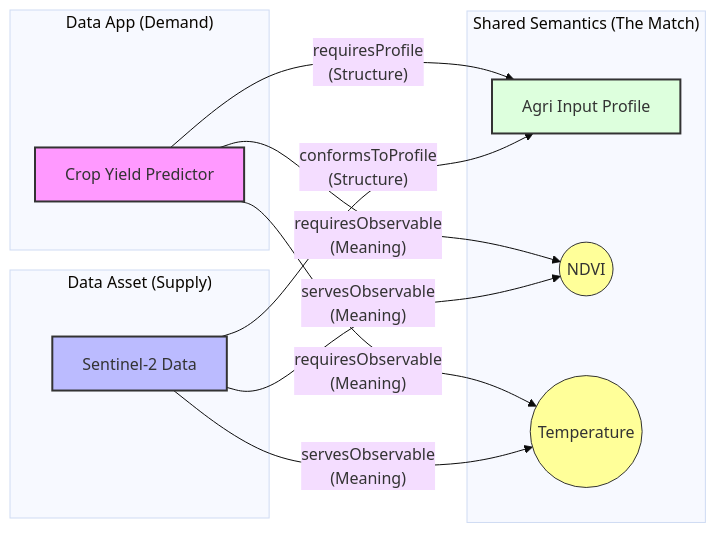
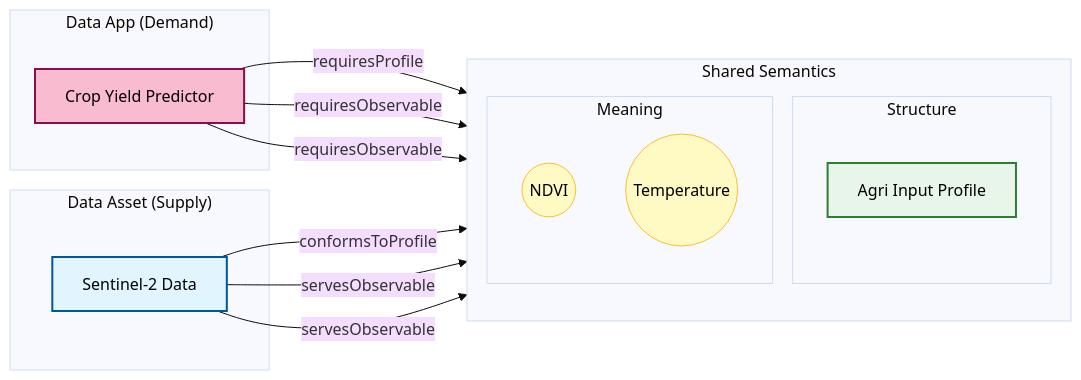
The diagram in src/0.3.1/README.md (KhaosResearch/EDAAnOWL), drawn with Mermaid (base theme) before and after one commit. The commit also changed 2 other files, not shown here.

Commit message:
docs: Restructure EDAAnOWL architecture with matchmaking and quality/provenance subgraphs, add new diagram, and create v0.3.1 documentation.

````diff
--- a/src/0.3.1/README.md
+++ b/src/0.3.1/README.md
@@ -96,32 +96,41 @@
 ```mermaid
 graph LR
-    subgraph "Data App (Demand)"
-    App[Crop Yield Predictor]
+    subgraph Demand ["Data App (Demand)"]
+        App[Crop Yield Predictor]
     end
 
-    subgraph "Shared Semantics (The Match)"
-    Profile[Agri Input Profile]
-    NDVI((NDVI))
-    Temp((Temperature))
+    subgraph Match ["Shared Semantics"]
+        direction TB
+        subgraph Structural ["Structure"]
+            Profile[Agri Input Profile]
+        end
+        subgraph Semantic ["Meaning"]
+            NDVI((NDVI))
+            Temp((Temperature))
+        end
     end
 
-    subgraph "Data Asset (Supply)"
-    Asset[Sentinel-2 Data]
+    subgraph Supply ["Data Asset (Supply)"]
+        Asset[Sentinel-2 Data]
     end
 
     %% Relationships
-    App -- requiresProfile<br/>(Structure) --> Profile
-    App -- requiresObservable<br/>(Meaning) --> NDVI
-    App -- requiresObservable<br/>(Meaning) --> Temp
+    App -- "requiresProfile" --> Profile
+    App -- "requiresObservable" --> NDVI
+    App -- "requiresObservable" --> Temp
 
-    Asset -- conformsToProfile<br/>(Structure) --> Profile
-    Asset -- servesObservable<br/>(Meaning) --> NDVI
-    Asset -- servesObservable<br/>(Meaning) --> Temp
+    Asset -- "conformsToProfile" --> Profile
+    Asset -- "servesObservable" --> NDVI
+    Asset -- "servesObservable" --> Temp
 
     %% Styling
-    style App fill:#f9f,stroke:#333,stroke-width:2px
-    style Asset fill:#bbf,stroke:#333,stroke-width:2px
-    style Profile fill:#dfd,stroke:#333,stroke-width:2px
-    style NDVI fill:#ff9,stroke:#333,stroke-width:1px
-    style Temp fill:#ff9,stroke:#333,stroke-width:1px
+    classDef app fill:#f8bbd0,stroke:#880e4f,stroke-width:2px,color:black
+    classDef asset fill:#e1f5fe,stroke:#01579b,stroke-width:2px,color:black
+    classDef profile fill:#e8f5e9,stroke:#2e7d32,stroke-width:2px,color:black
+    classDef concept fill:#fff9c4,stroke:#fbc02d,stroke-width:1px,color:black
+
+    class App app
+    class Asset asset
+    class Profile profile
+    class NDVI,Temp concept
 ```
````
